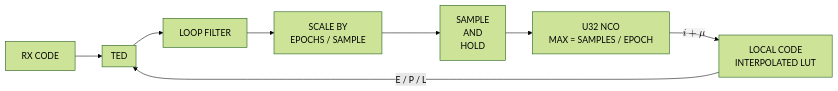
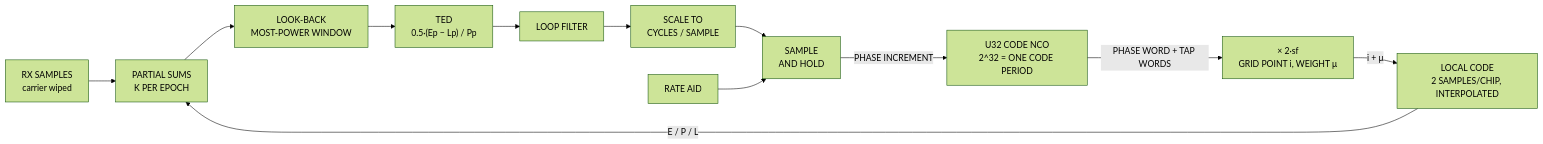
Before and after one commit to doppler-dsp/doppler: the diagram in docs/design/async-dsss-receiver.md, drawn with Mermaid (forest theme). The commit also changed other lines of this file and 17 other files, not shown here.

````diff
--- a/docs/design/async-dsss-receiver.md
+++ b/docs/design/async-dsss-receiver.md
@@ -365,14 +351,14 @@
 ```mermaid
 flowchart LR
-subgraph TED
-
-end
-LUT["LOCAL CODE \n INTERPOLATED LUT"]
-TED --> LF
-RX["RX CODE"] --> TED
-LF["LOOP FILTER"] --> SCALE["SCALE BY \n EPOCHS / SAMPLE"]
-SCALE --> SH["SAMPLE\nAND\nHOLD"]
-SH --> NCO["U32 NCO\n MAX = SAMPLES / EPOCH"]
-NCO --$$i + \mu$$--> LUT
-LUT --E / P / L--> TED
+RX["RX SAMPLES<br/>carrier wiped"] --> COR
+NCO["U32 CODE NCO<br/>2^32 = ONE CODE PERIOD"] -->|"PHASE WORD + TAP WORDS"| GRID["× 2·sf<br/>GRID POINT i, WEIGHT μ"]
+GRID -->|"i + μ"| REP["LOCAL CODE<br/>2 SAMPLES/CHIP, INTERPOLATED"]
+REP -->|"E / P / L"| COR["PARTIAL SUMS<br/>K PER EPOCH"]
+COR --> LB["LOOK-BACK<br/>MOST-POWER WINDOW"]
+LB --> TED["TED<br/>0.5·(Ep − Lp) / Pp"]
+TED --> LF["LOOP FILTER"]
+LF --> SCALE["SCALE TO<br/>CYCLES / SAMPLE"]
+SCALE --> SH["SAMPLE<br/>AND HOLD"]
+AID["RATE AID"] --> SH
+SH -->|"PHASE INCREMENT"| NCO
 ```
````
